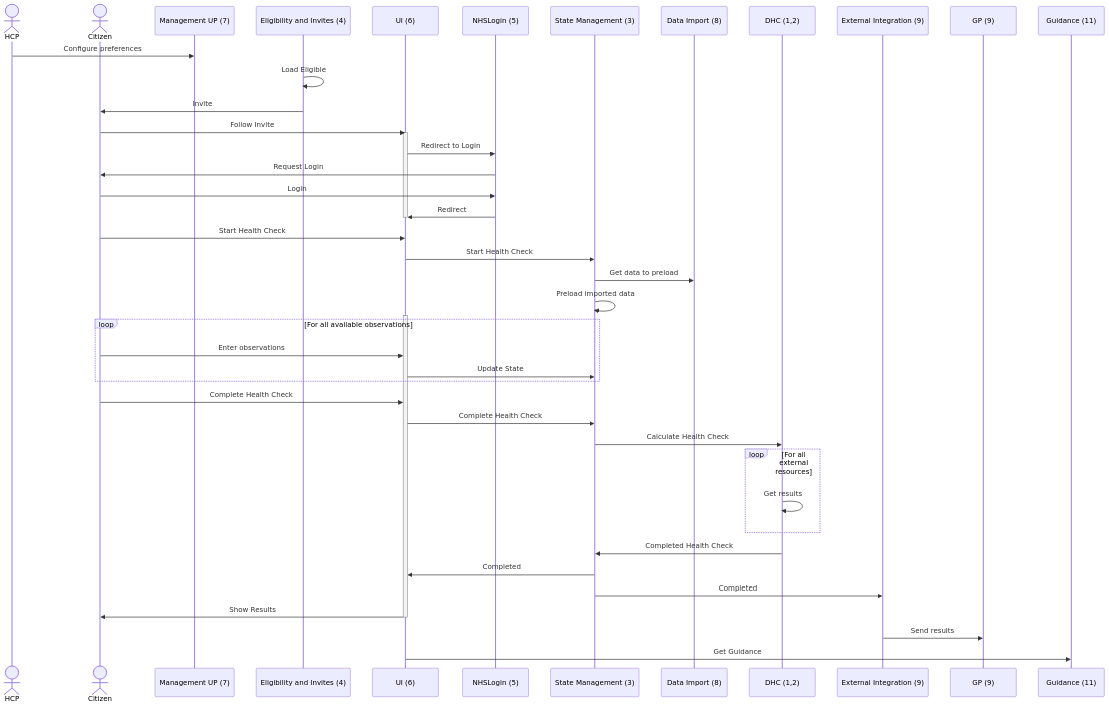
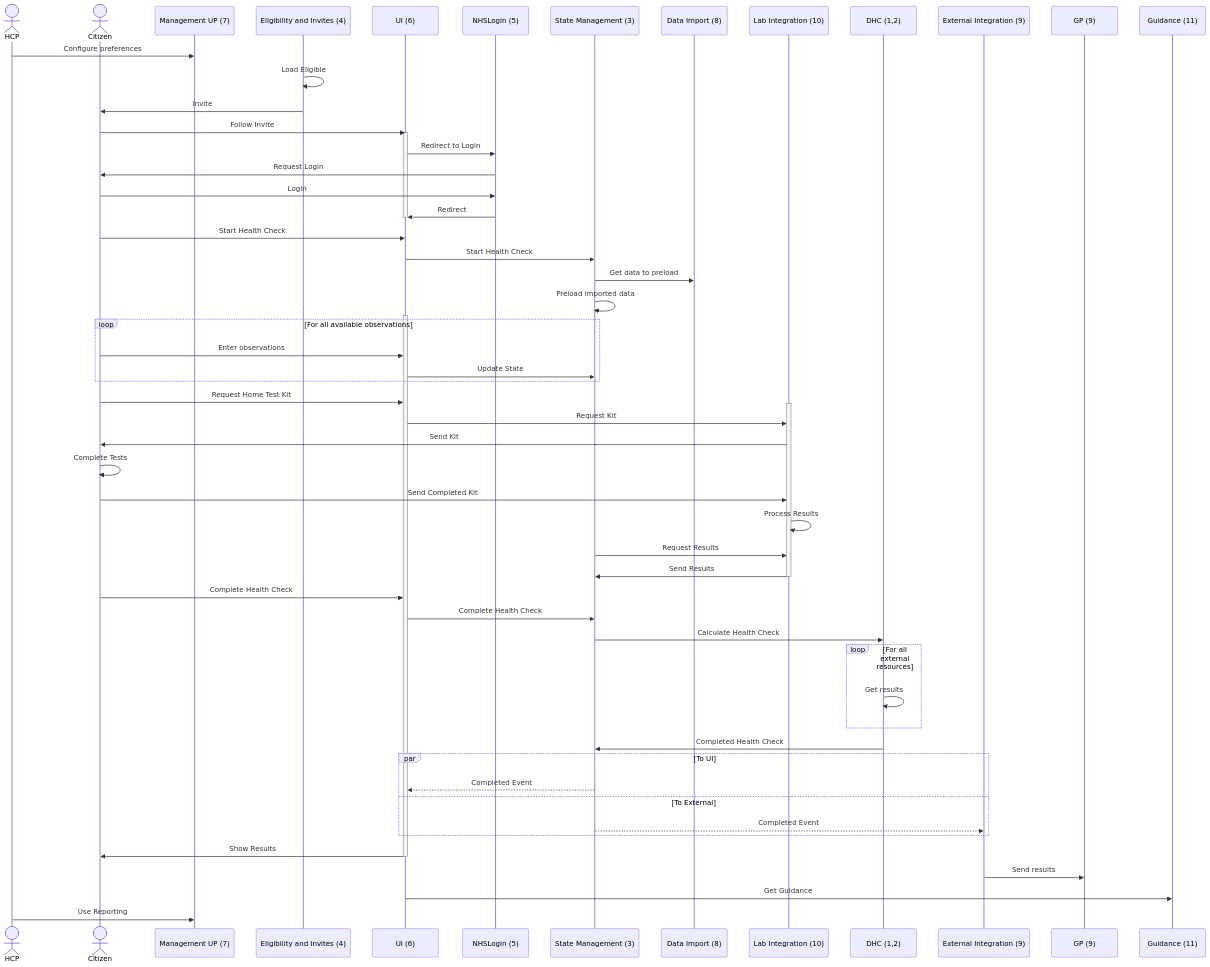
Before and after one commit to nhsexperience/nhs-experience: the first of 6 diagrams in docs/digital-health-check/discovery-technical-review.md, drawn with Mermaid. The commit also changed 1 other file, not shown here.

Commit message:
Add Process diagram.

````diff
--- a/docs/digital-health-check/discovery-technical-review.md
+++ b/docs/digital-health-check/discovery-technical-review.md
@@ -72,47 +72,72 @@
 ```mermaid
 sequenceDiagram
-actor HCP
-actor Citizen
-participant MgmtUI as Management UP (7)
-participant Invite as Eligibility and Invites (4)
-participant UI as UI (6)
-participant NHSLogin as NHSLogin (5)
-participant StateMgmt as State Management (3)
-participant PreLoad as Data Import (8)
-participant DHCProcessor as DHC (1,2)
-participant ExternalIntegration as External Integration (9)
-participant GP as GP (9)
-participant Guidance as Guidance (11)
-HCP->>MgmtUI:Configure preferences
-Invite->>Invite: Load Eligible
-Invite->>Citizen: Invite
-Citizen->>UI: Follow Invite
-activate UI
-UI->>NHSLogin: Redirect to Login
-NHSLogin->>Citizen: Request Login
-Citizen->>NHSLogin: Login
-NHSLogin->>UI: Redirect
-deactivate UI
-Citizen->>UI: Start Health Check
-UI->>StateMgmt: Start Health Check
-StateMgmt->>PreLoad: Get data to preload
-StateMgmt->>StateMgmt: Preload imported data
-activate UI
-loop For all available observations
-    Citizen->>UI: Enter observations
-    UI->>StateMgmt: Update State
-end
-Citizen->>UI: Complete Health Check
-UI->>StateMgmt: Complete Health Check
-StateMgmt->>DHCProcessor: Calculate Health Check
-loop For all external resources
-    DHCProcessor->>DHCProcessor: Get results
-end
-DHCProcessor->> StateMgmt: Completed Health Check
-StateMgmt->>UI: Completed
-StateMgmt->>ExternalIntegration: Completed
-UI->>Citizen: Show Results
-deactivate UI
-ExternalIntegration->>GP: Send results
-UI->>Guidance: Get Guidance
+    actor HCP
+    actor Citizen
+    participant MgmtUI as Management UP (7)
+    participant Invite as Eligibility and Invites (4)
+    participant UI as UI (6)
+    participant NHSLogin as NHSLogin (5)
+    participant StateMgmt as State Management (3)
+    participant PreLoad as Data Import (8)
+    participant Labs as Lab Integration (10)
+    participant DHCProcessor as DHC (1,2)
+    participant ExternalIntegration as External Integration (9)
+    participant GP as GP (9)
+    participant Guidance as Guidance (11)
+
+    HCP->>MgmtUI:Configure preferences
+    Invite->>Invite: Load Eligible
+    Invite->>Citizen: Invite
+    Citizen->>UI: Follow Invite
+
+    activate UI
+        UI->>NHSLogin: Redirect to Login
+        NHSLogin->>Citizen: Request Login
+        Citizen->>NHSLogin: Login
+        NHSLogin->>UI: Redirect
+    deactivate UI
+
+    Citizen->>UI: Start Health Check
+    UI->>StateMgmt: Start Health Check
+    StateMgmt->>PreLoad: Get data to preload
+    StateMgmt->>StateMgmt: Preload imported data
+
+    activate UI
+        loop For all available observations
+            Citizen->>UI: Enter observations
+            UI->>StateMgmt: Update State
+        end
+
+        Citizen->>UI: Request Home Test Kit
+
+        activate Labs
+            UI->>Labs: Request Kit
+            Labs->>Citizen: Send Kit
+            Citizen->>Citizen: Complete Tests
+            Citizen->>Labs: Send Completed Kit
+            Labs->>Labs: Process Results
+            StateMgmt->>Labs: Request Results
+            Labs->>StateMgmt: Send Results
+        deactivate Labs
+
+        Citizen->>UI: Complete Health Check
+        UI->>StateMgmt: Complete Health Check
+        StateMgmt->>DHCProcessor: Calculate Health Check
+
+        loop For all external resources
+            DHCProcessor->>DHCProcessor: Get results
+        end
+
+        DHCProcessor->> StateMgmt: Completed Health Check
+        par To UI
+            StateMgmt-->>UI: Completed Event
+        and To External
+            StateMgmt-->>ExternalIntegration: Completed Event
+        end
+        UI->>Citizen: Show Results 
+    deactivate UI
+
+    ExternalIntegration->>GP: Send results
+    UI->>Guidance: Get Guidance
+    HCP->>MgmtUI: Use Reporting
 ```
````
